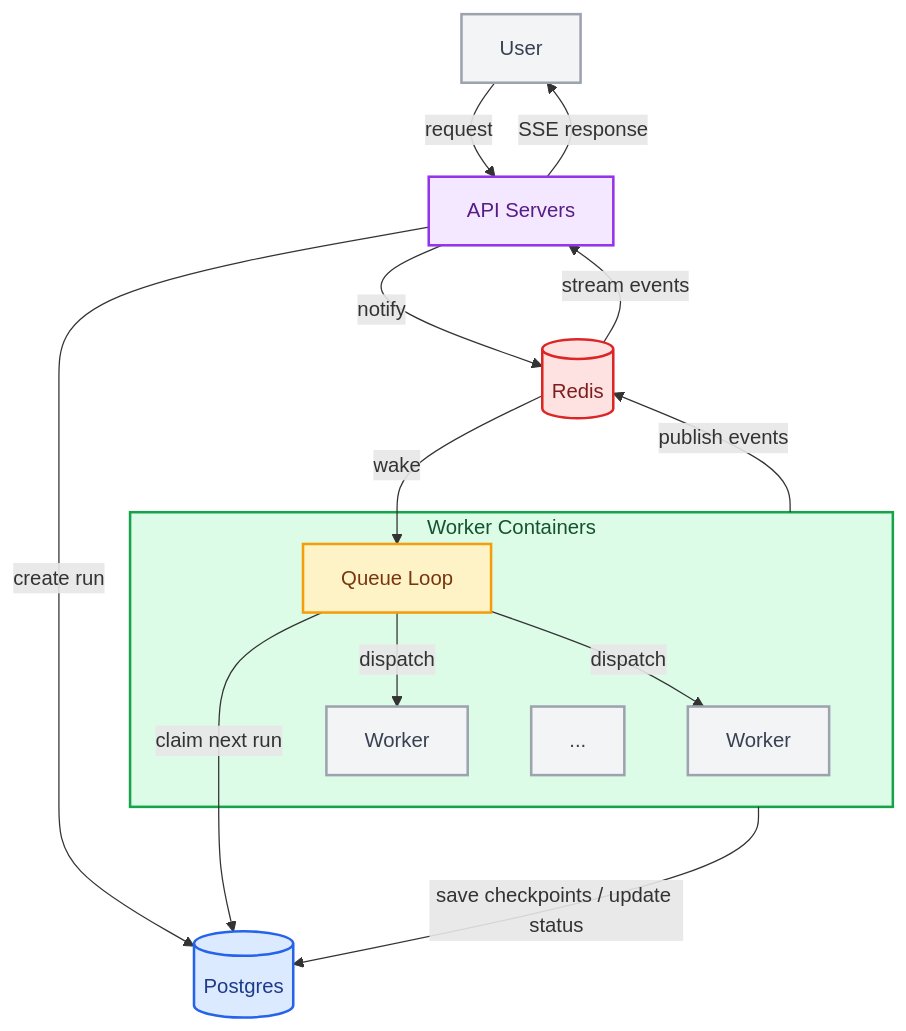
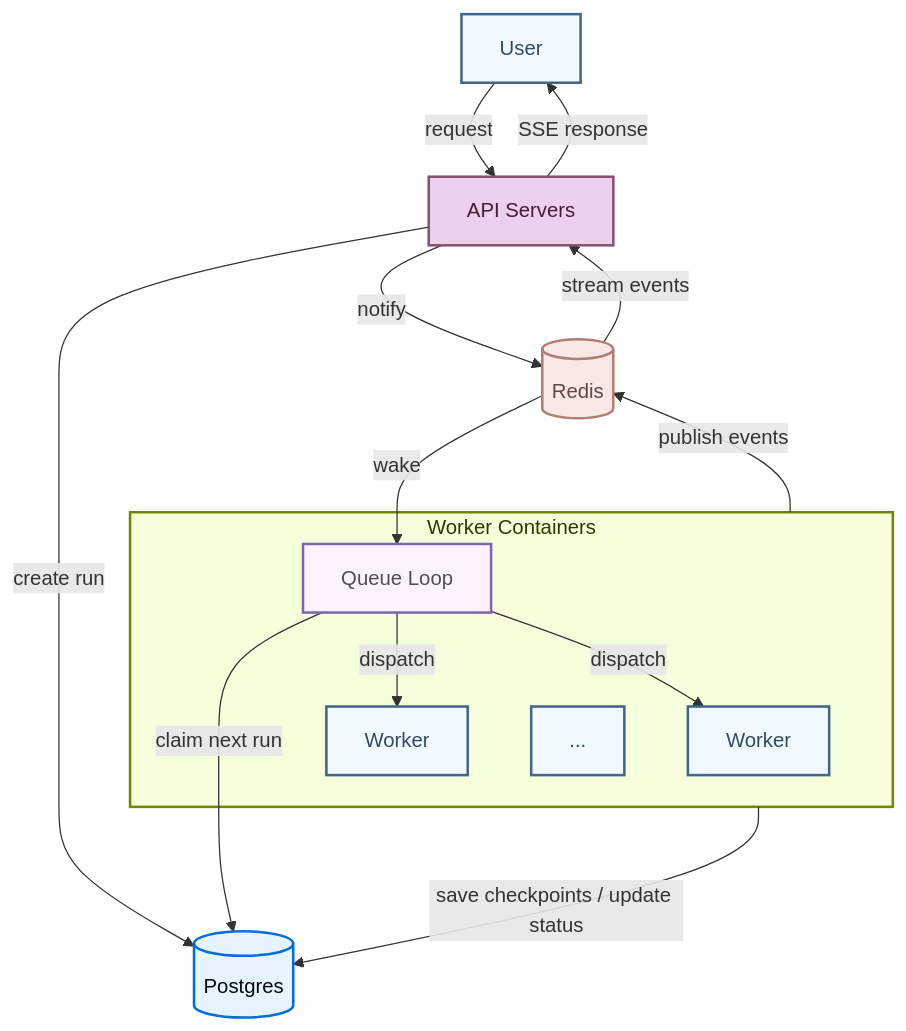
The diagram in langsmith/agent-server.mdx (kunfan96/cndocs-langchain), drawn with Mermaid before and after one commit. The commit also changed 2538 other files, not shown here.

````diff
--- a/langsmith/agent-server.mdx
+++ b/langsmith/agent-server.mdx
@@ -96,41 +96,41 @@
 ```mermaid
 flowchart TB
     User["User"]
 
     API["API Servers"]
 
     subgraph WorkerContainer["Worker Containers"]
         QueueLoop["Queue Loop"]
         W1["Worker"]
         W2["Worker"]
         Wn["..."]
         QueueLoop -->|dispatch| W1
         QueueLoop -->|dispatch| W2
     end
 
     DB[(Postgres)]
     Redis[(Redis)]
 
     User -->|request| API
     API -->|create run| DB
     API -->|notify| Redis
 
     Redis -->|wake| QueueLoop
     QueueLoop -->|claim next run| DB
 
     WorkerContainer -->|save checkpoints / update status| DB
     WorkerContainer -->|publish events| Redis
 
     Redis -->|stream events| API
     API -->|SSE response| User
 
-    style User fill:#F3F4F6,stroke:#9CA3AF,stroke-width:2px,color:#374151
-    style API fill:#F3E8FF,stroke:#9333EA,stroke-width:2px,color:#581C87
-    style DB fill:#DBEAFE,stroke:#2563EB,stroke-width:2px,color:#1E3A8A
-    style Redis fill:#FEE2E2,stroke:#DC2626,stroke-width:2px,color:#7F1D1D
-    style WorkerContainer fill:#DCFCE7,stroke:#16A34A,stroke-width:2px,color:#14532D
-    style QueueLoop fill:#FEF3C7,stroke:#F59E0B,stroke-width:2px,color:#78350F
-    style W1 fill:#F3F4F6,stroke:#9CA3AF,stroke-width:2px,color:#374151
-    style W2 fill:#F3F4F6,stroke:#9CA3AF,stroke-width:2px,color:#374151
-    style Wn fill:#F3F4F6,stroke:#9CA3AF,stroke-width:2px,color:#374151
+    style User fill:#F2FAFF,stroke:#40668D,stroke-width:2px,color:#2F4B68
+    style API fill:#EBD0F0,stroke:#885270,stroke-width:2px,color:#441E33
+    style DB fill:#E5F4FF,stroke:#006DDD,stroke-width:2px,color:#030710
+    style Redis fill:#F8E8E6,stroke:#B27D75,stroke-width:2px,color:#634643
+    style WorkerContainer fill:#F6FFDB,stroke:#6E8900,stroke-width:2px,color:#2E3900
+    style QueueLoop fill:#FDF3FF,stroke:#7E65AE,stroke-width:2px,color:#504B5F
+    style W1 fill:#F2FAFF,stroke:#40668D,stroke-width:2px,color:#2F4B68
+    style W2 fill:#F2FAFF,stroke:#40668D,stroke-width:2px,color:#2F4B68
+    style Wn fill:#F2FAFF,stroke:#40668D,stroke-width:2px,color:#2F4B68
 ```
````
